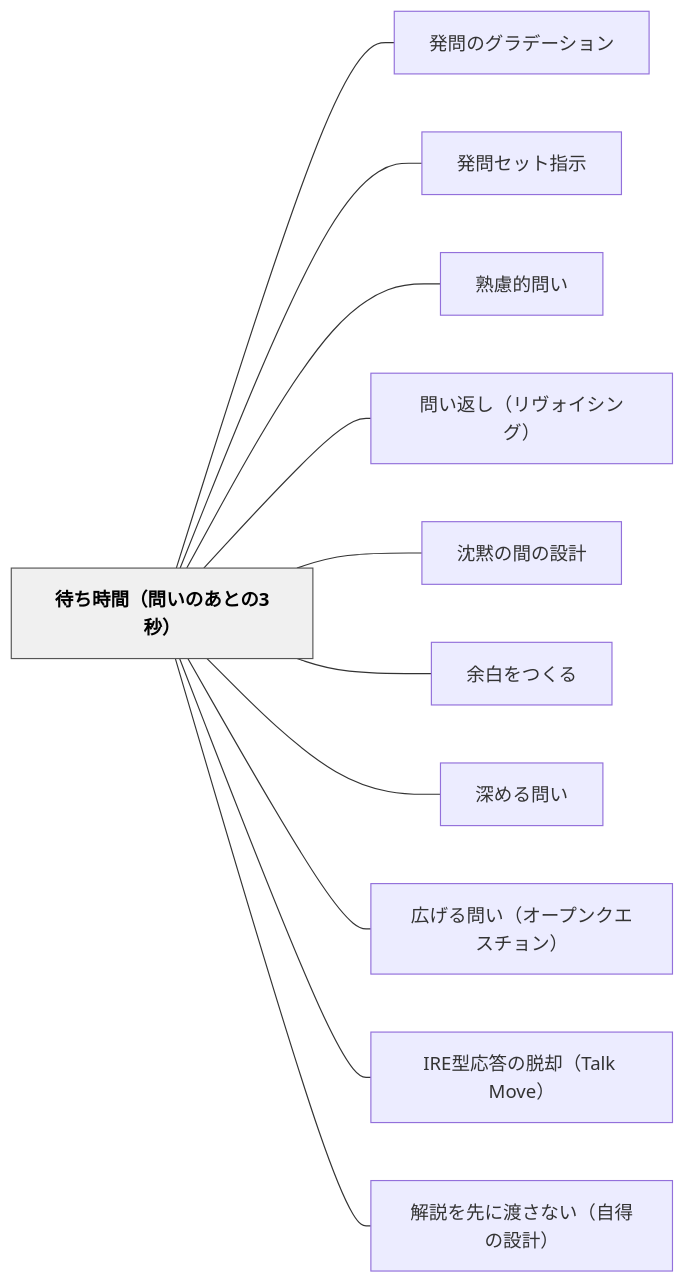
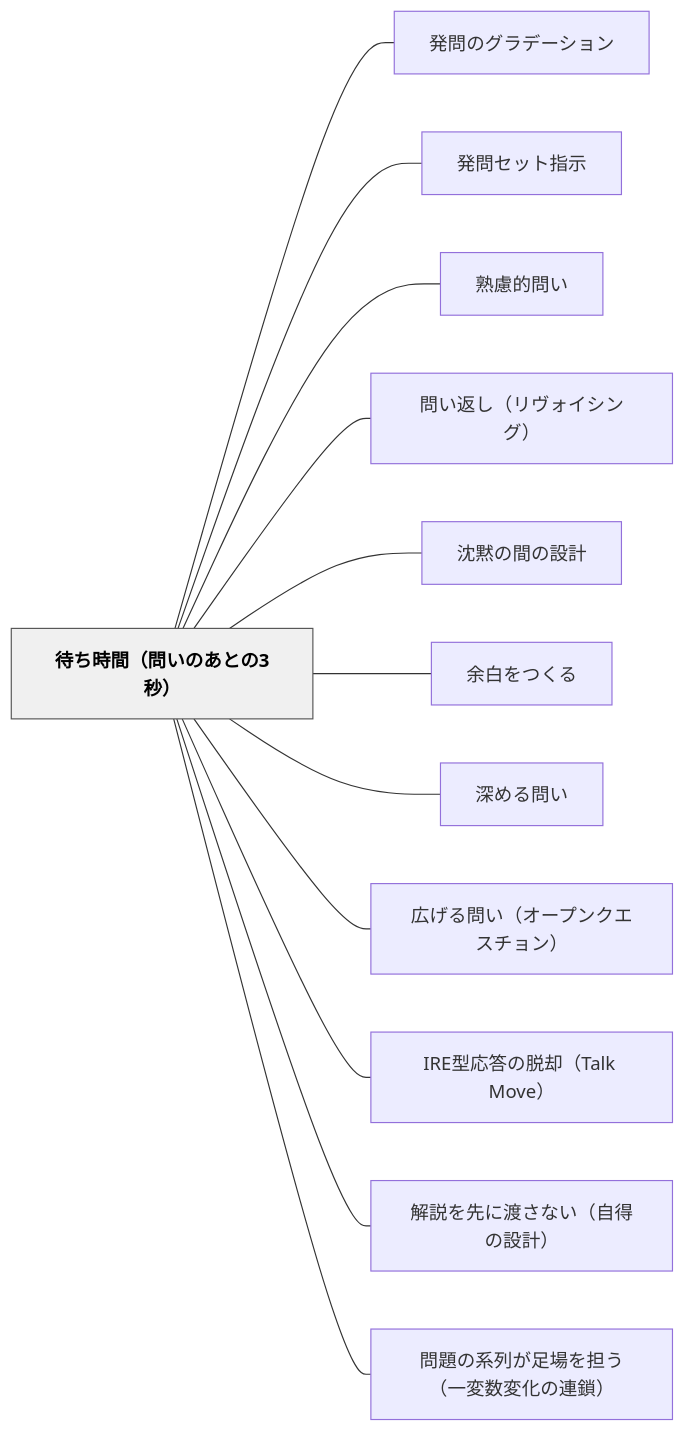
One commit to unknownthings-ed-patterns/unknownthings-ed-patterns changed the diagram in content/パタン/待ち時間（問いのあとの3秒）.md. Above: the diagram before and after it, drawn with Mermaid. The commit also changed other lines of this file and 2 other files, not shown here.

Commit message:
auto: Obsidianから同期 2026-06-15 17:30

````diff
--- a/content/パタン/待ち時間（問いのあとの3秒）.md
+++ b/content/パタン/待ち時間（問いのあとの3秒）.md
@@ -117,28 +118,30 @@
 ```mermaid
 flowchart LR
     ne5be85e381a1e69982e99693efbc88e5958fe38184e381aee38182e381a8e381ae33e7a792efbc89["待ち時間（問いのあとの3秒）"]
     ne799bae5958fe381aee382b0e383a9e38387e383bce382b7e383a7e383b3["発問のグラデーション"]
     ne799bae5958fe382bbe38383e38388e68c87e7a4ba["発問セット指示"]
     ne7869fe685aee79a84e5958fe38184["熟慮的問い"]
     ne5958fe38184e8bf94e38197efbc88e383aae383b4e382a9e382a4e382b7e383b3e382b0efbc89["問い返し（リヴォイシング）"]
     ne6b288e9bb99e381aee99693e381aee8a8ade8a888["沈黙の間の設計"]
     ne4bd99e799bde38292e381a4e3818fe3828b["余白をつくる"]
     ne6b7b1e38281e3828be5958fe38184["深める問い"]
     ne5ba83e38192e3828be5958fe38184efbc88e382aae383bce38397e383b3e382afe382a8e382b9e38381e383a7e383b3efbc89["広げる問い（オープンクエスチョン）"]
     n495245e59e8be5bf9ce7ad94e381aee884b1e58db4efbc8854616c6b204d6f7665efbc89["IRE型応答の脱却（Talk Move）"]
     ne8a7a3e8aaace38292e58588e381abe6b8a1e38195e381aae38184efbc88e887aae5be97e381aee8a8ade8a888efbc89["解説を先に渡さない（自得の設計）"]
+    ne5958fe9a18ce381aee7b3bbe58897e3818ce8b6b3e5a0b4e38292e68b85e38186efbc88e4b880e5a489e695b0e5a489e58c96e381aee980a3e98e96efbc89["問題の系列が足場を担う（一変数変化の連鎖）"]
 
     ne5be85e381a1e69982e99693efbc88e5958fe38184e381aee38182e381a8e381ae33e7a792efbc89 --- ne799bae5958fe381aee382b0e383a9e38387e383bce382b7e383a7e383b3
     ne5be85e381a1e69982e99693efbc88e5958fe38184e381aee38182e381a8e381ae33e7a792efbc89 --- ne799bae5958fe382bbe38383e38388e68c87e7a4ba
     ne5be85e381a1e69982e99693efbc88e5958fe38184e381aee38182e381a8e381ae33e7a792efbc89 --- ne7869fe685aee79a84e5958fe38184
     ne5be85e381a1e69982e99693efbc88e5958fe38184e381aee38182e381a8e381ae33e7a792efbc89 --- ne5958fe38184e8bf94e38197efbc88e383aae383b4e382a9e382a4e382b7e383b3e382b0efbc89
     ne5be85e381a1e69982e99693efbc88e5958fe38184e381aee38182e381a8e381ae33e7a792efbc89 --- ne6b288e9bb99e381aee99693e381aee8a8ade8a888
     ne5be85e381a1e69982e99693efbc88e5958fe38184e381aee38182e381a8e381ae33e7a792efbc89 --- ne4bd99e799bde38292e381a4e3818fe3828b
     ne5be85e381a1e69982e99693efbc88e5958fe38184e381aee38182e381a8e381ae33e7a792efbc89 --- ne6b7b1e38281e3828be5958fe38184
     ne5be85e381a1e69982e99693efbc88e5958fe38184e381aee38182e381a8e381ae33e7a792efbc89 --- ne5ba83e38192e3828be5958fe38184efbc88e382aae383bce38397e383b3e382afe382a8e382b9e38381e383a7e383b3efbc89
     ne5be85e381a1e69982e99693efbc88e5958fe38184e381aee38182e381a8e381ae33e7a792efbc89 --- n495245e59e8be5bf9ce7ad94e381aee884b1e58db4efbc8854616c6b204d6f7665efbc89
     ne5be85e381a1e69982e99693efbc88e5958fe38184e381aee38182e381a8e381ae33e7a792efbc89 --- ne8a7a3e8aaace38292e58588e381abe6b8a1e38195e381aae38184efbc88e887aae5be97e381aee8a8ade8a888efbc89
+    ne5be85e381a1e69982e99693efbc88e5958fe38184e381aee38182e381a8e381ae33e7a792efbc89 --- ne5958fe9a18ce381aee7b3bbe58897e3818ce8b6b3e5a0b4e38292e68b85e38186efbc88e4b880e5a489e695b0e5a489e58c96e381aee980a3e98e96efbc89
 
     classDef hub fill:#f0f0f0,stroke:#555,color:#000,font-weight:bold
     class ne5be85e381a1e69982e99693efbc88e5958fe38184e381aee38182e381a8e381ae33e7a792efbc89 hub
 ```
````
